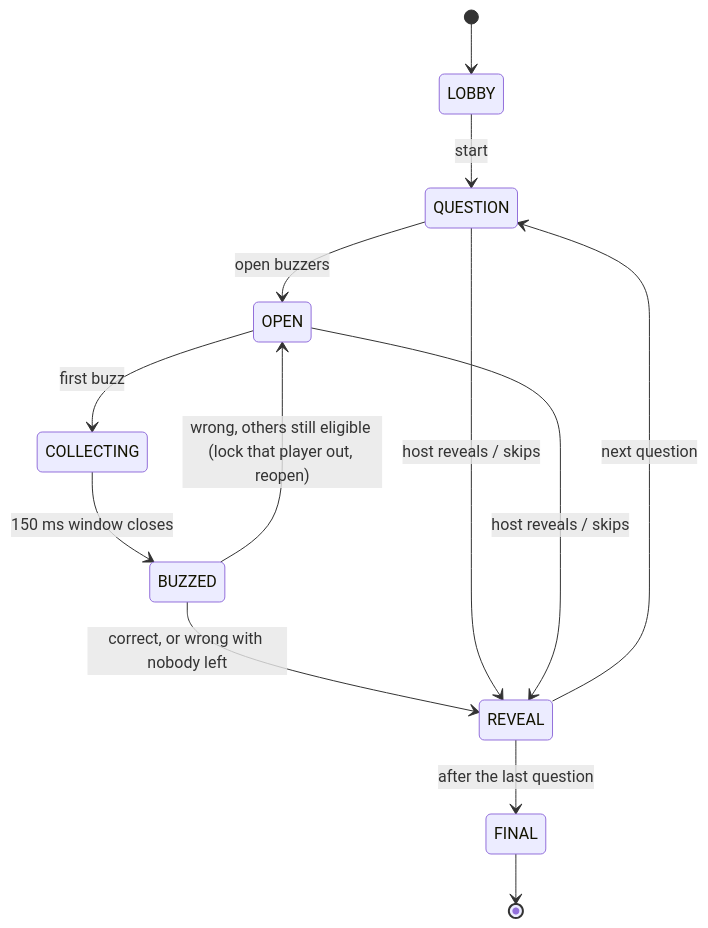
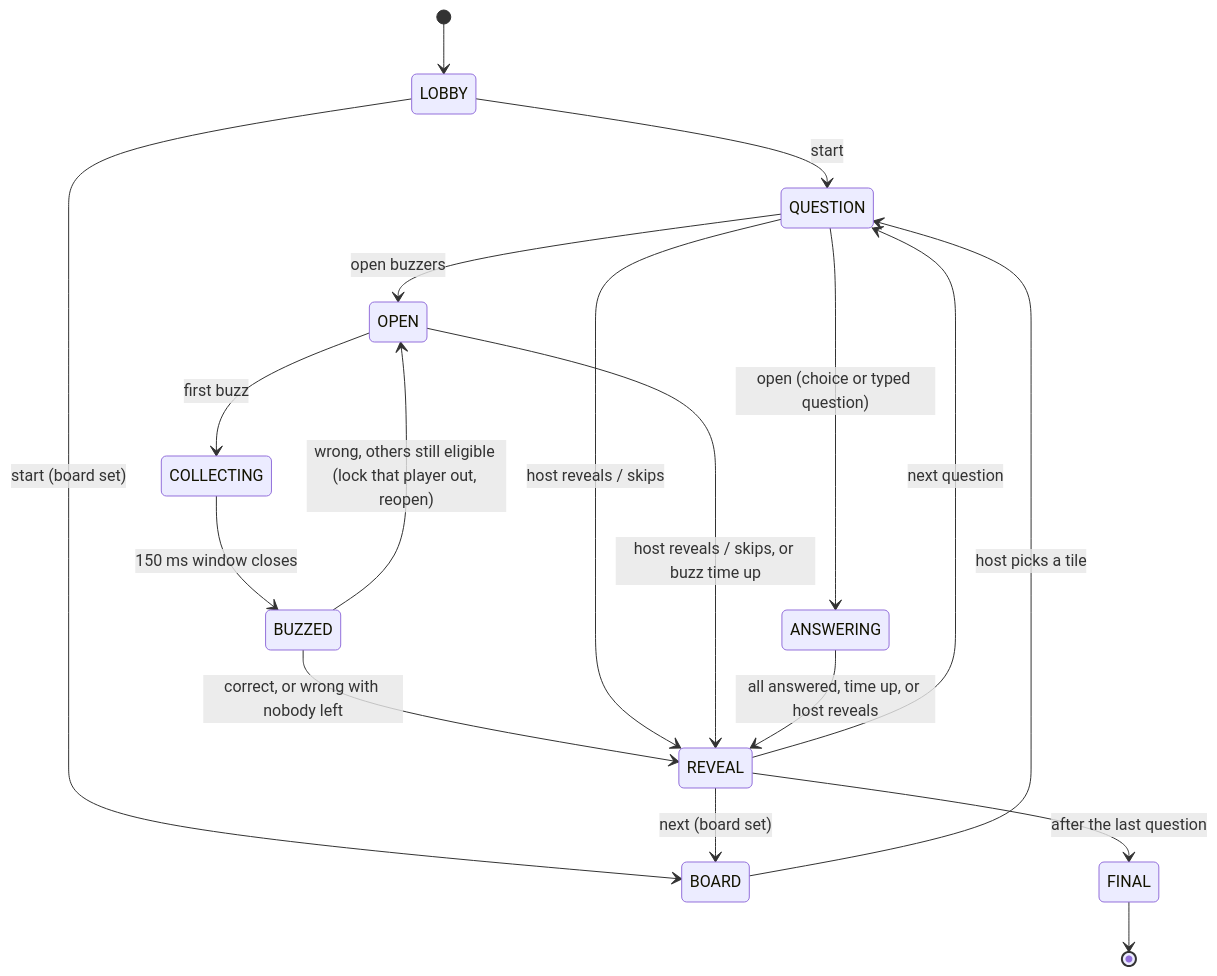
One commit to kim-nejudne/portfolio changed the second of 2 diagrams in buzzer/docs/SPEC.md. Above: the diagram before and after it, drawn with Mermaid. The commit also changed other lines of this file, not shown here.

````diff
--- a/buzzer/docs/SPEC.md
+++ b/buzzer/docs/SPEC.md
@@ -119,15 +121,20 @@
 ```mermaid
 stateDiagram-v2
   [*] --> LOBBY
   LOBBY --> QUESTION: start
   QUESTION --> OPEN: open buzzers
   OPEN --> COLLECTING: first buzz
   COLLECTING --> BUZZED: 150 ms window closes
   BUZZED --> OPEN: wrong, others still eligible (lock that player out, reopen)
   BUZZED --> REVEAL: correct, or wrong with nobody left
   QUESTION --> REVEAL: host reveals / skips
-  OPEN --> REVEAL: host reveals / skips
+  OPEN --> REVEAL: host reveals / skips, or buzz time up
+  QUESTION --> ANSWERING: open (choice or typed question)
+  ANSWERING --> REVEAL: all answered, time up, or host reveals
+  LOBBY --> BOARD: start (board set)
+  REVEAL --> BOARD: next (board set)
+  BOARD --> QUESTION: host picks a tile
   REVEAL --> QUESTION: next question
   REVEAL --> FINAL: after the last question
   FINAL --> [*]
 ```
````
